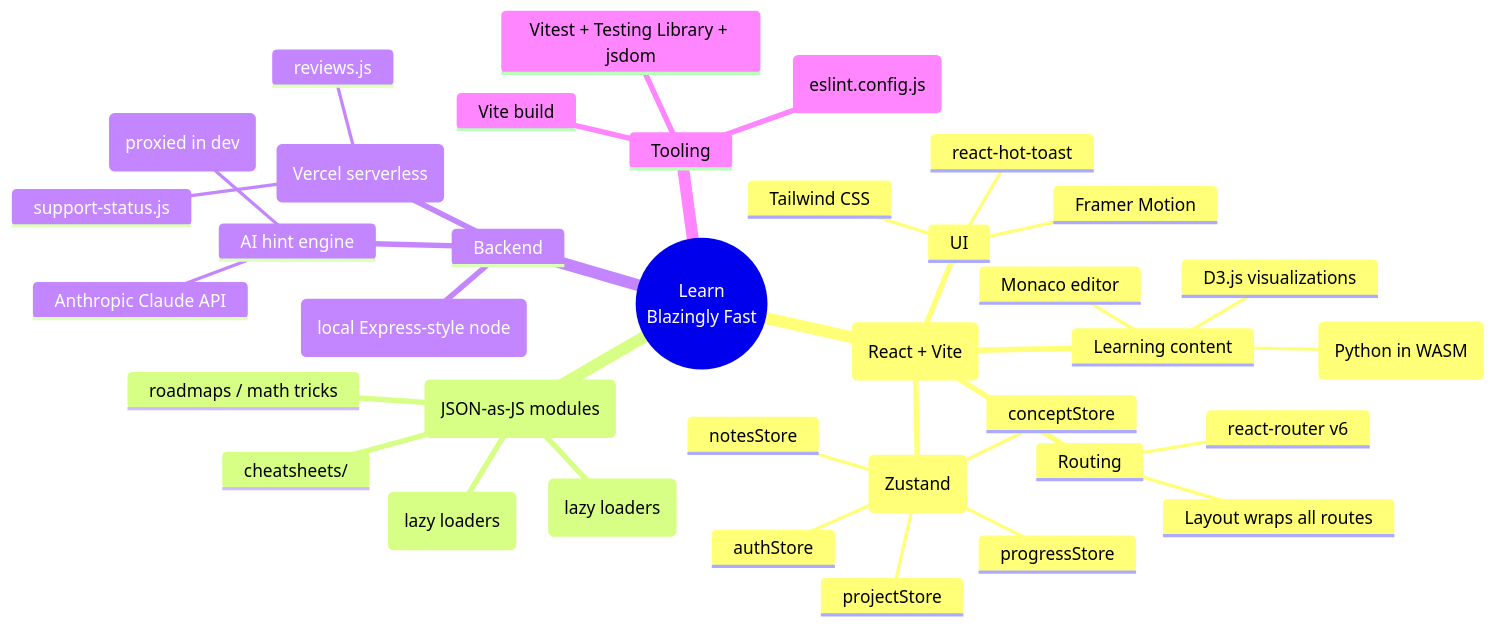
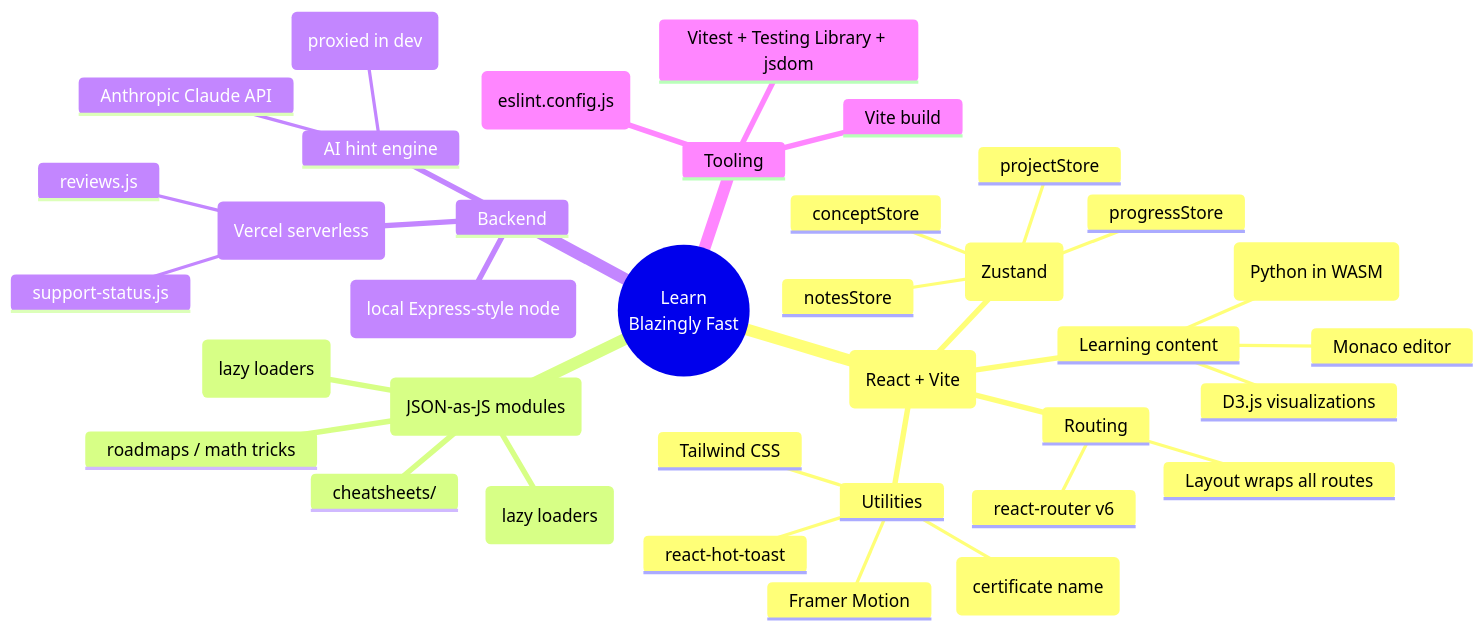
One commit to EmmanuelEkundayo/Learn-Blazingly-Fast changed the first of 2 diagrams in MINDMAP.md. Above: the diagram before and after it, drawn with Mermaid. The commit also changed other lines of this file and 77 other files, not shown here.

````diff
--- a/MINDMAP.md
+++ b/MINDMAP.md
@@ -11,39 +11,39 @@
 ```mermaid
 mindmap
   root((Learn<br/>Blazingly Fast))
     Frontend (React + Vite)
       Routing
         react-router v6
         Layout wraps all routes
       State (Zustand)
         conceptStore
         projectStore
         notesStore
-        authStore
         progressStore
-      UI
+      Utilities
+        learnerName (certificate name)
         Tailwind CSS
         Framer Motion
         react-hot-toast
       Learning content
         Monaco editor
         Pyodide (Python in WASM)
         D3.js visualizations
     Data (JSON-as-JS modules)
       concepts/index.js (lazy loaders)
       projects/index.js (lazy loaders)
       cheatsheets/
       roadmaps / math tricks
     Backend
       server/index.js (local Express-style node)
       api/ (Vercel serverless)
         reviews.js
         support-status.js
       AI hint engine
         Anthropic Claude API
         /api/hint (proxied in dev)
     Tooling
       Vite build
       ESLint (eslint.config.js)
       Vitest + Testing Library + jsdom
 ```
````
